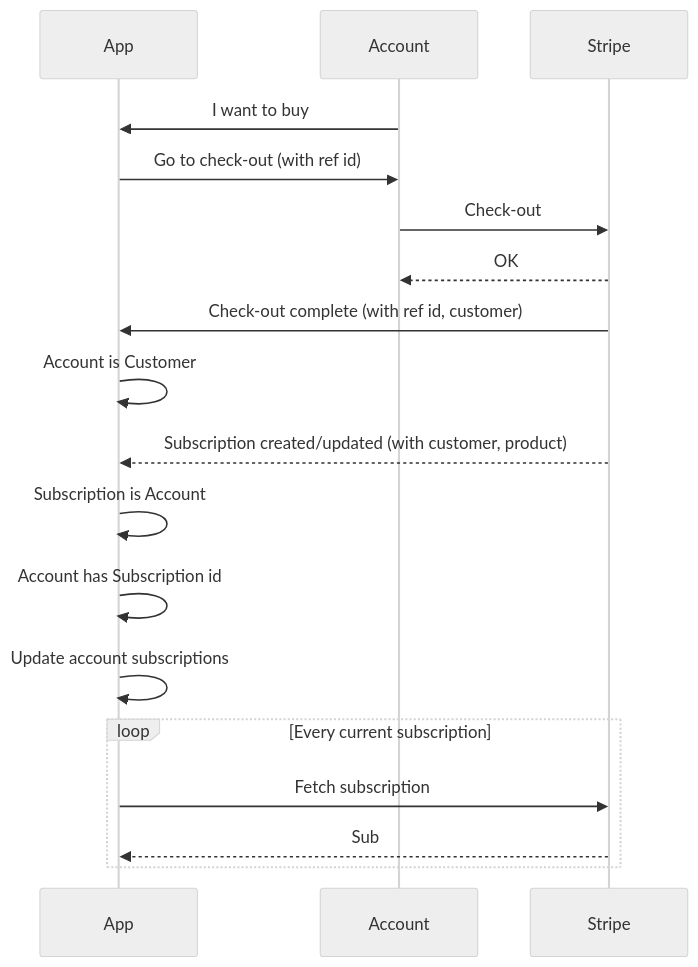
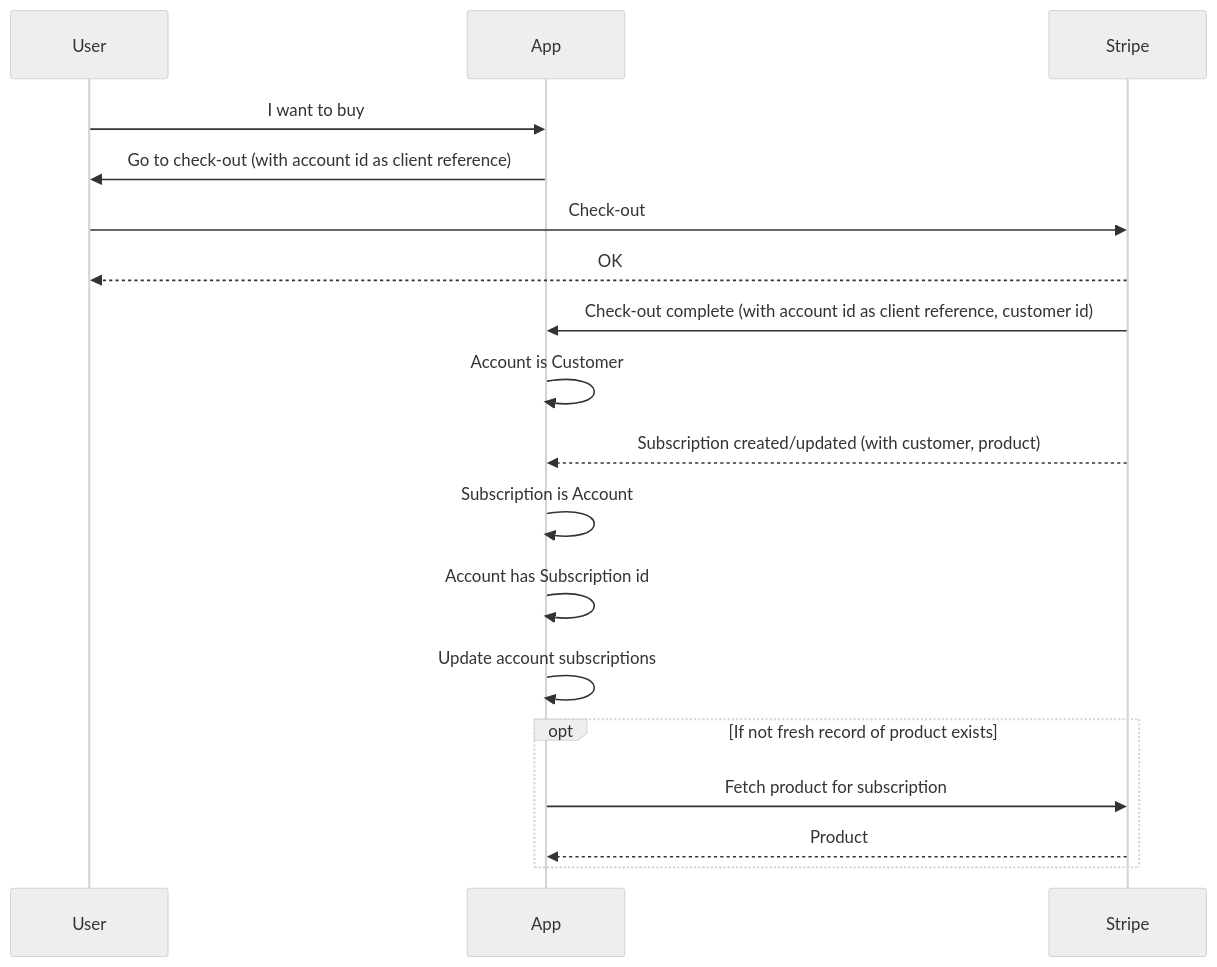
Before and after one commit to goofballLogic/firebase-stripe: the diagram in README.md, drawn with Mermaid (neutral theme).

````diff
--- a/README.md
+++ b/README.md
@@ -111,22 +111,21 @@
 ```mermaid
 sequenceDiagram
     
-    participant App
-    participant Account
-    participant Stripe
-    Account->>App: I want to buy
-    App->>Account: Go to check-out (with ref id)
-    Account->>Stripe: Check-out
-    Stripe-->>Account: OK
-    Stripe->>App: Check-out complete (with ref id, customer)
+    User->>App: I want to buy
+    App->>User: Go to check-out (with account id as client reference)
+    
+    User->>Stripe: Check-out
+    Stripe-->>User: OK
+    
+    Stripe->>App: Check-out complete (with account id as client reference, customer id)
     App->>App: Account is Customer
     Stripe-->>App: Subscription created/updated (with customer, product)
     App->>App: Subscription is Account
     App->>App: Account has Subscription id
     App->>App: Update account subscriptions
-    loop Every current subscription
-        App->>Stripe: Fetch subscription
-        Stripe-->>App: Sub
+    opt If not fresh record of product exists
+        App->>Stripe: Fetch product for subscription
+        Stripe-->>App: Product
     end
 
 ```
````
